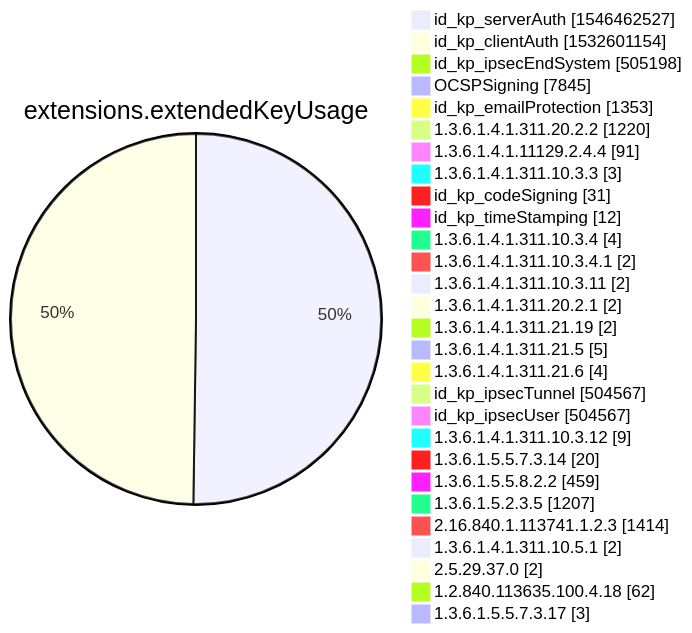
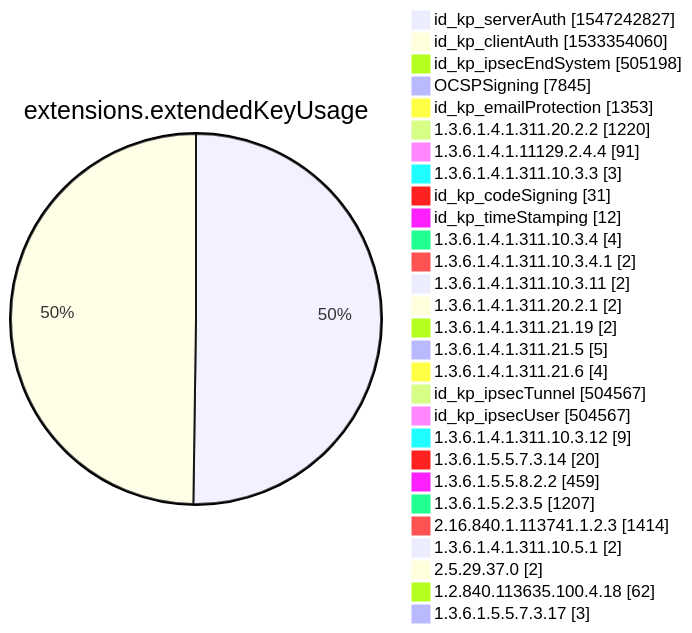
Diagram 12 of 15 in xenon2022/README.md (christiankrug/ctmonitor_visualization), drawn with Mermaid before and after one commit. The commit also changed other lines of this file, not shown here.

````diff
--- a/xenon2022/README.md
+++ b/xenon2022/README.md
@@ -3880,32 +3880,32 @@
 ```mermaid
 pie showData
 title extensions.extendedKeyUsage
-"id_kp_serverAuth" :1546462527
-"id_kp_clientAuth" :1532601154
+"id_kp_serverAuth" :1547242827
+"id_kp_clientAuth" :1533354060
 "id_kp_ipsecEndSystem" :505198
 "OCSPSigning" :7845
 "id_kp_emailProtection" :1353
 "1.3.6.1.4.1.311.20.2.2" :1220
 "1.3.6.1.4.1.11129.2.4.4" :91
 "1.3.6.1.4.1.311.10.3.3" :3
 "id_kp_codeSigning" :31
 "id_kp_timeStamping" :12
 "1.3.6.1.4.1.311.10.3.4" :4
 "1.3.6.1.4.1.311.10.3.4.1" :2
 "1.3.6.1.4.1.311.10.3.11" :2
 "1.3.6.1.4.1.311.20.2.1" :2
 "1.3.6.1.4.1.311.21.19" :2
 "1.3.6.1.4.1.311.21.5" :5
 "1.3.6.1.4.1.311.21.6" :4
 "id_kp_ipsecTunnel" :504567
 "id_kp_ipsecUser" :504567
 "1.3.6.1.4.1.311.10.3.12" :9
 "1.3.6.1.5.5.7.3.14" :20
 "1.3.6.1.5.5.8.2.2" :459
 "1.3.6.1.5.2.3.5" :1207
 "2.16.840.1.113741.1.2.3" :1414
 "1.3.6.1.4.1.311.10.5.1" :2
 "2.5.29.37.0" :2
 "1.2.840.113635.100.4.18" :62
 "1.3.6.1.5.5.7.3.17" :3
 ```
````
